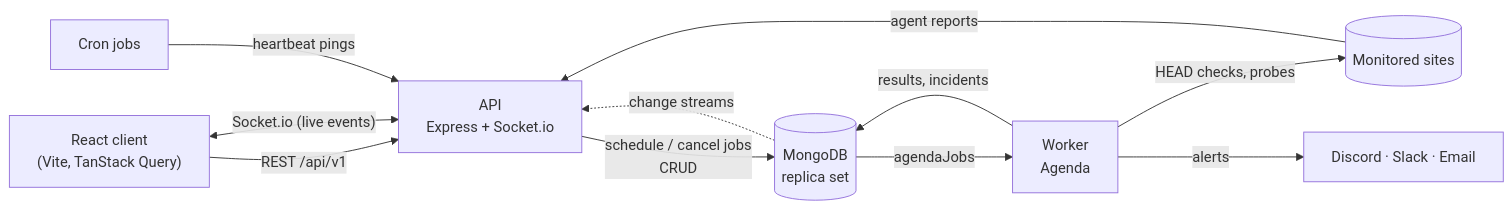
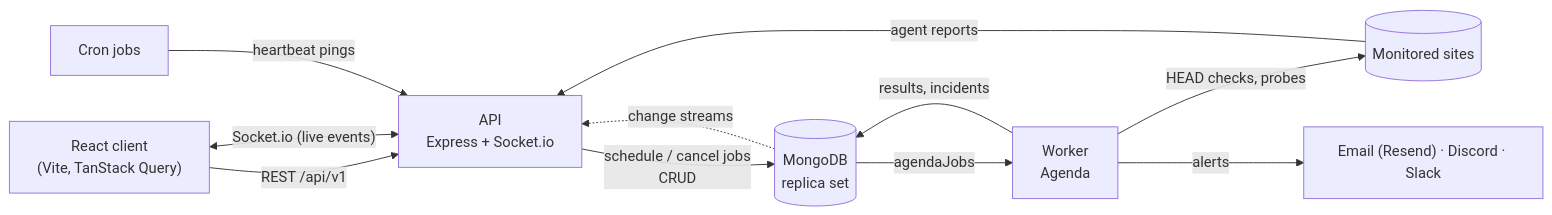
One commit to TrinankurD-06/PulseBoard changed the diagram in README.md. Above: the diagram before and after it, drawn with Mermaid. The commit also changed other lines of this file and 6 other files, not shown here.

````diff
--- a/README.md
+++ b/README.md
@@ -121,13 +121,13 @@
 ```mermaid
 flowchart LR
     Browser["React client<br/>(Vite, TanStack Query)"] -- "REST /api/v1" --> API["API<br/>Express + Socket.io"]
     Browser <-- "Socket.io (live events)" --> API
     API -- "schedule / cancel jobs<br/>CRUD" --> DB[(MongoDB<br/>replica set)]
     DB -- "agendaJobs" --> Worker["Worker<br/>Agenda"]
     Worker -- "HEAD checks, probes" --> Sites[(Monitored sites)]
     Jobs["Cron jobs"] -- "heartbeat pings" --> API
     Sites -- "agent reports" --> API
     Worker -- "results, incidents" --> DB
-    Worker -- "alerts" --> Notify["Discord · Slack · Email"]
+    Worker -- "alerts" --> Notify["Email (Resend) · Discord · Slack"]
     DB -. "change streams" .-> API
 ```
````
